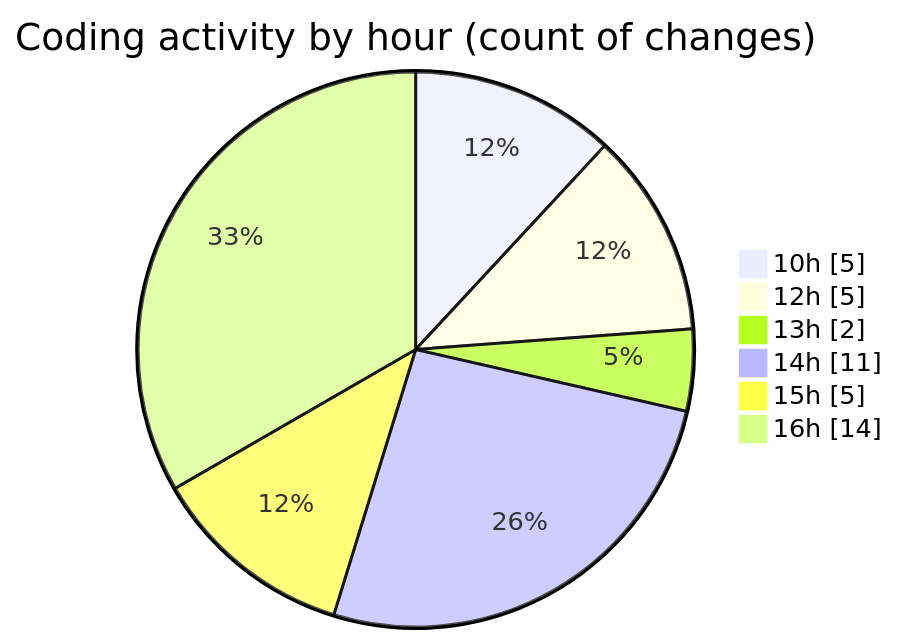
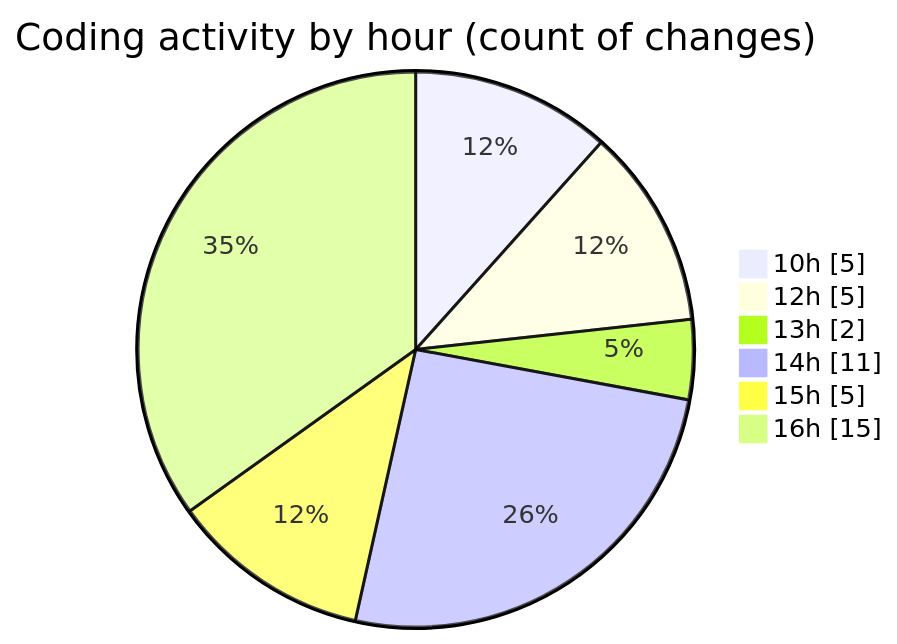
The second of 2 diagrams in 2025-07-07/urlwebwala_intership_work/README.md (Ritupan-Deka/code-tracking), drawn with Mermaid before and after one commit. The commit also changed other lines of this file and 1 other file, not shown here.

````diff
--- a/2025-07-07/urlwebwala_intership_work/README.md
+++ b/2025-07-07/urlwebwala_intership_work/README.md
@@ -30,10 +30,10 @@
 ```mermaid
 pie showData
 title Coding activity by hour (count of changes)
 "10h" : 5
 "12h" : 5
 "13h" : 2
 "14h" : 11
 "15h" : 5
-"16h" : 14
+"16h" : 15
 ```
````
